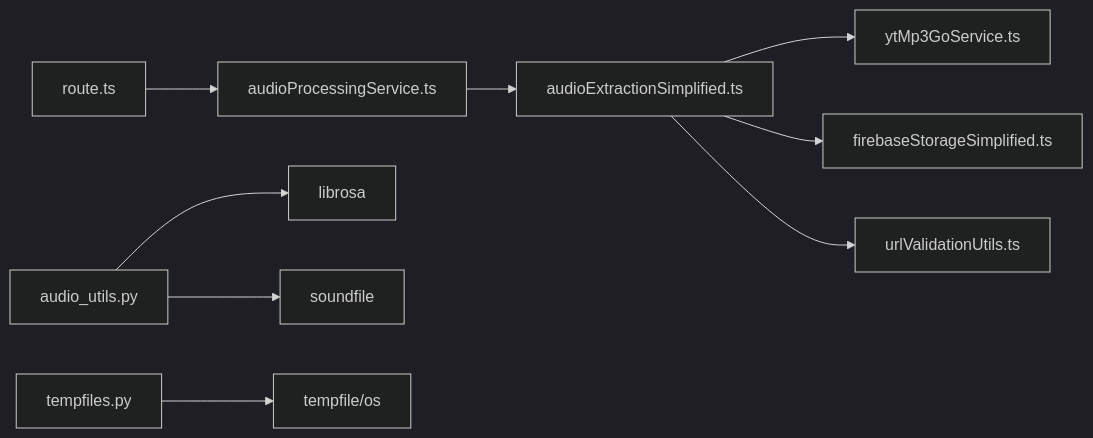
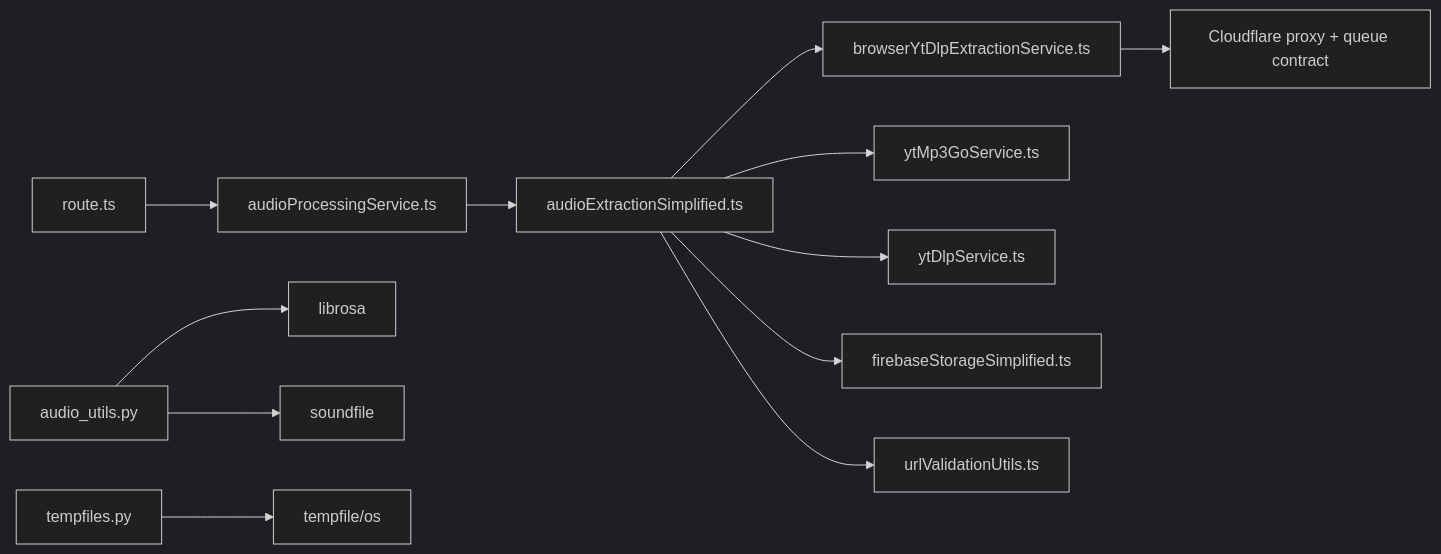
The seventh of 7 diagrams in .qoder/repowiki/en/content/Audio Processing and Analysis/Audio Pipeline.md (ptnghia-j/ChordMiniApp), drawn with Mermaid (dark theme) before and after one commit. The commit also changed other lines of this file and 32 other files, not shown here.

````diff
--- a/.qoder/repowiki/en/content/Audio Processing and Analysis/Audio Pipeline.md
+++ b/.qoder/repowiki/en/content/Audio Processing and Analysis/Audio Pipeline.md
@@ -356,11 +373,14 @@
 ```mermaid
 graph LR
 Route["route.ts"] --> APS["audioProcessingService.ts"]
 APS --> AES["audioExtractionSimplified.ts"]
+AES --> BYT["browserYtDlpExtractionService.ts"]
 AES --> YTMP3["ytMp3GoService.ts"]
+AES --> YTDLP["ytDlpService.ts"]
 AES --> FSS["firebaseStorageSimplified.ts"]
 AES --> UVU["urlValidationUtils.ts"]
+BYT --> CFQ["Cloudflare proxy + queue contract"]
 PYA["audio_utils.py"] --> Librosa["librosa"]
 PYA --> SndFile["soundfile"]
 PYT["tempfiles.py"] --> Tmp["tempfile/os"]
 ```
````
